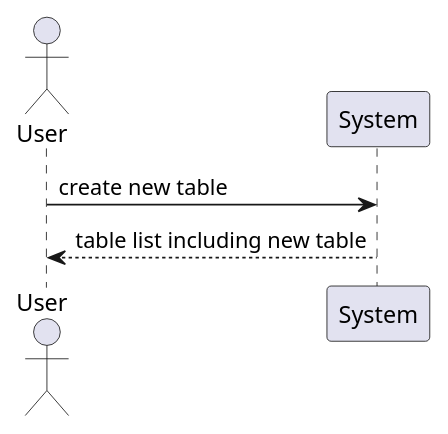
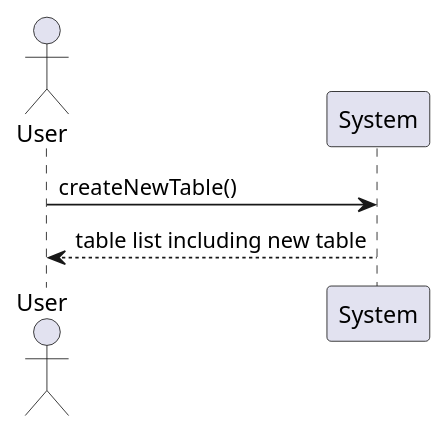
One commit to Bhamoss/softwareOntwerpProject changed the diagram in diagrams/systemSequenceDiagram/createTableMSS.puml. Above: the diagram before and after it, drawn with PlantUML. The commit also changed 12 other files, not shown here.

```diff
--- a/diagrams/systemSequenceDiagram/createTableMSS.puml
+++ b/diagrams/systemSequenceDiagram/createTableMSS.puml
@@ -1,8 +1,8 @@
 @startuml
 Actor User
-User -> System: create new table
+User -> System: createNewTable()
 System --> User: table list including new table
 
 
 
 @enduml
```
